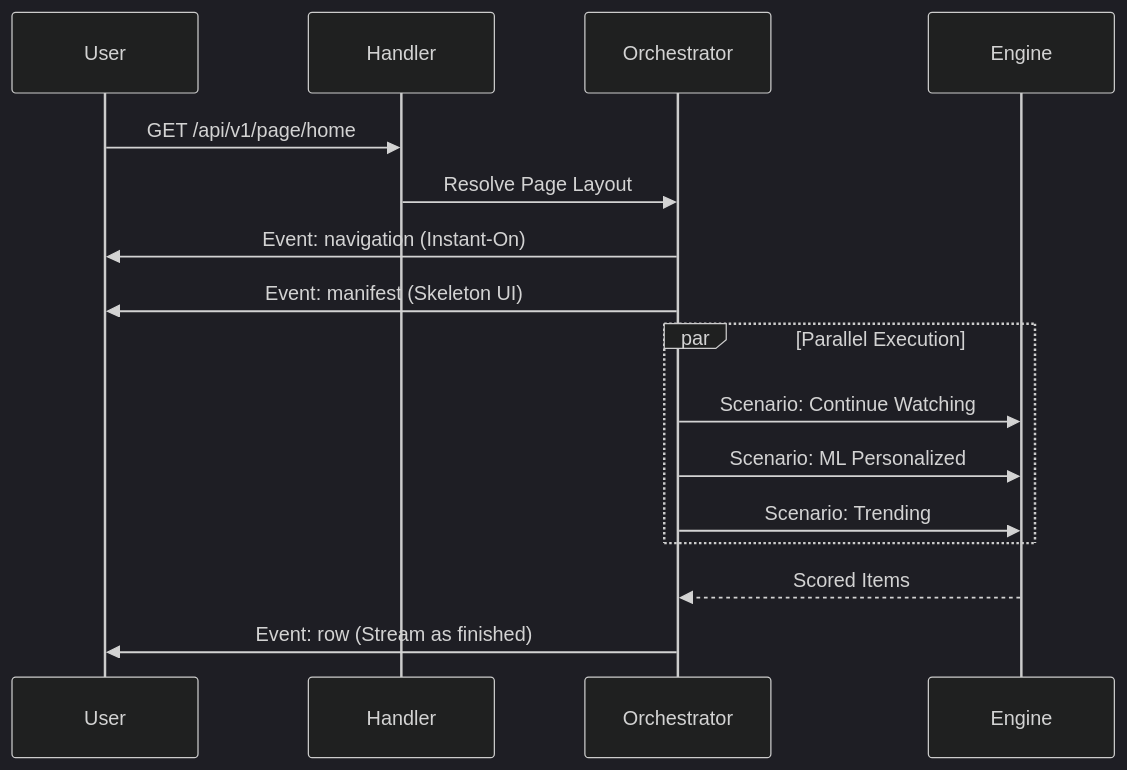
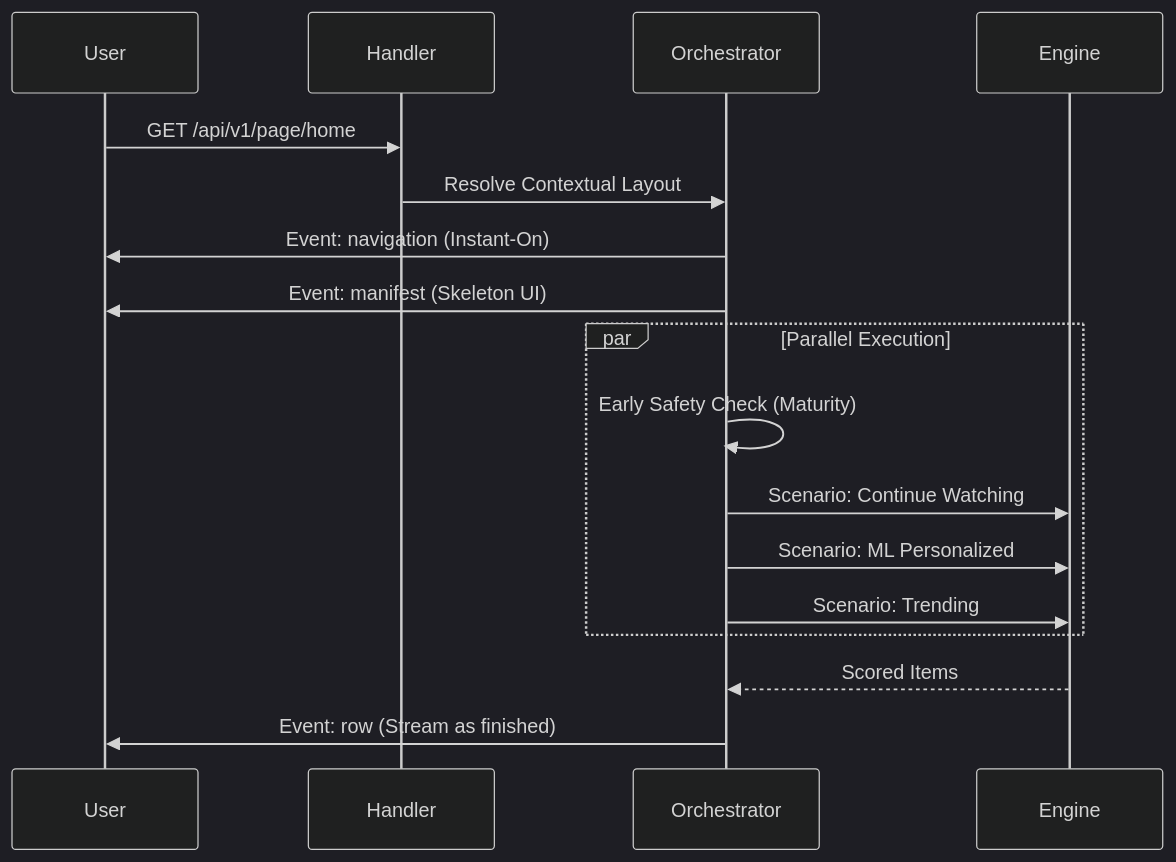
The diagram in src/api/v1/recommendations/README.md (adiozdaniel/bongas-ai), drawn with Mermaid (dark theme) before and after one commit. The commit also changed other lines of this file and 15 other files, not shown here.

````diff
--- a/src/api/v1/recommendations/README.md
+++ b/src/api/v1/recommendations/README.md
@@ -13,21 +13,22 @@
 ```mermaid
 sequenceDiagram
     participant User
     participant Handler
     participant Orchestrator
     participant Engine
     
     User->>Handler: GET /api/v1/page/home
-    Handler->>Orchestrator: Resolve Page Layout
+    Handler->>Orchestrator: Resolve Contextual Layout
     Orchestrator->>User: Event: navigation (Instant-On)
     Orchestrator->>User: Event: manifest (Skeleton UI)
     
     par Parallel Execution
+        Orchestrator->>Orchestrator: Early Safety Check (Maturity)
         Orchestrator->>Engine: Scenario: Continue Watching
         Orchestrator->>Engine: Scenario: ML Personalized
         Orchestrator->>Engine: Scenario: Trending
     end
 
     Engine-->>Orchestrator: Scored Items
     Orchestrator->>User: Event: row (Stream as finished)
 ```
````
